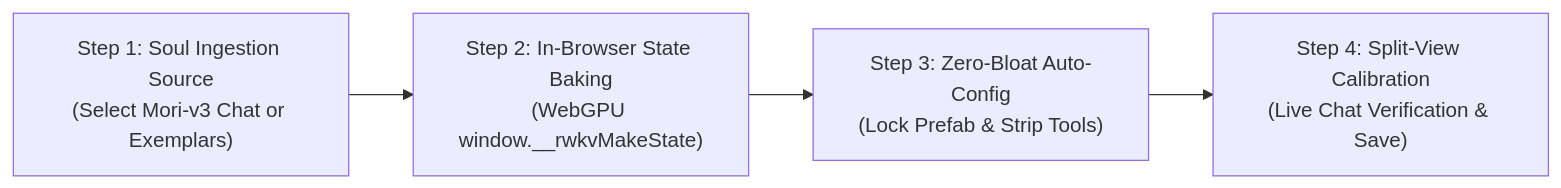
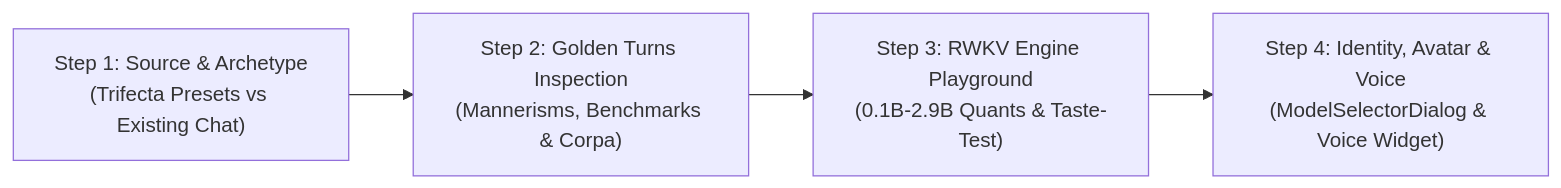
The first of 3 diagrams in docs/design-rwkv-persona-foundry-and-state-cartridges.md (7n1m4/airi), drawn with Mermaid before and after one commit. The commit also changed other lines of this file and 8 other files, not shown here.

First line of the commit message:
feat(foundry): introduce 4-step RWKV Persona Foundry wizard and state cartridge schema

````diff
--- a/docs/design-rwkv-persona-foundry-and-state-cartridges.md
+++ b/docs/design-rwkv-persona-foundry-and-state-cartridges.md
@@ -157,7 +157,7 @@
 ```mermaid
 flowchart LR
-    S1["Step 1: Soul Ingestion Source\n(Select Mori-v3 Chat or Exemplars)"] -->
-    S2["Step 2: In-Browser State Baking\n(WebGPU window.__rwkvMakeState)"] -->
-    S3["Step 3: Zero-Bloat Auto-Config\n(Lock Prefab & Strip Tools)"] -->
-    S4["Step 4: Split-View Calibration\n(Live Chat Verification & Save)"]
+    S1["Step 1: Source & Archetype\n(Trifecta Presets vs Existing Chat)"] -->
+    S2["Step 2: Golden Turns Inspection\n(Mannerisms, Benchmarks & Corpa)"] -->
+    S3["Step 3: RWKV Engine Playground\n(0.1B-2.9B Quants & Taste-Test)"] -->
+    S4["Step 4: Identity, Avatar & Voice\n(ModelSelectorDialog & Voice Widget)"]
 ```
````
